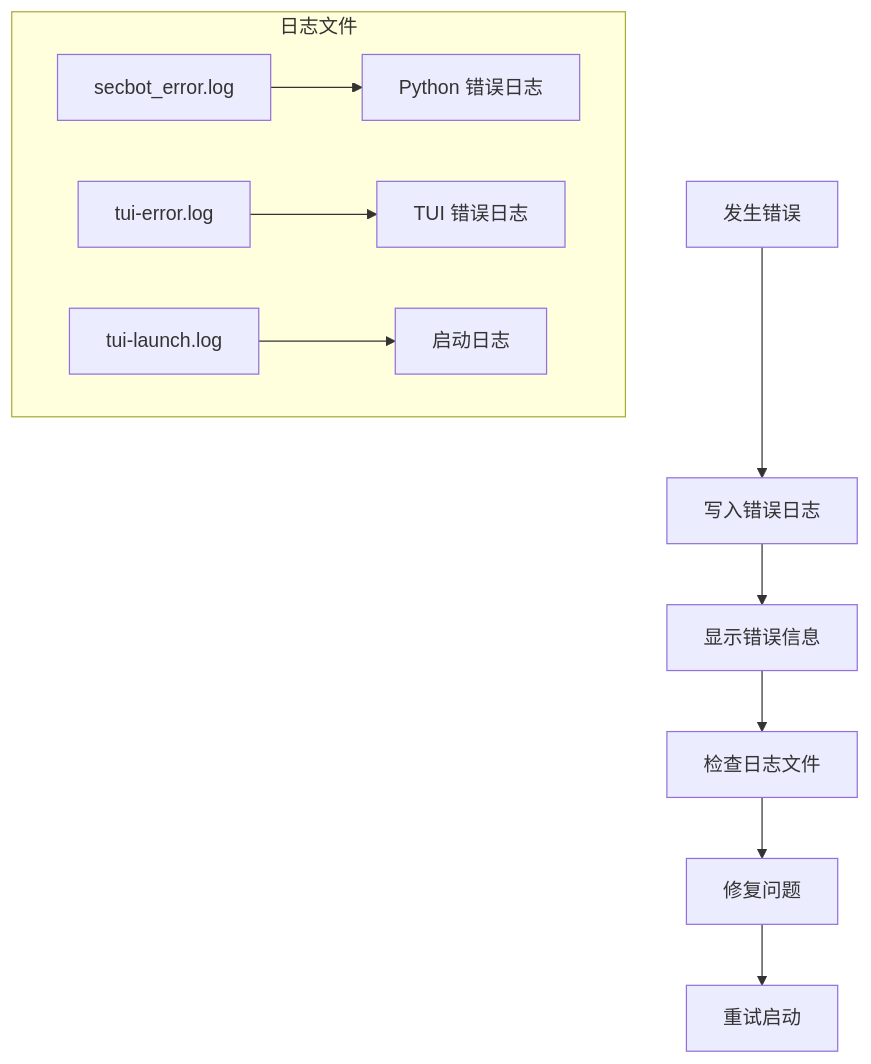
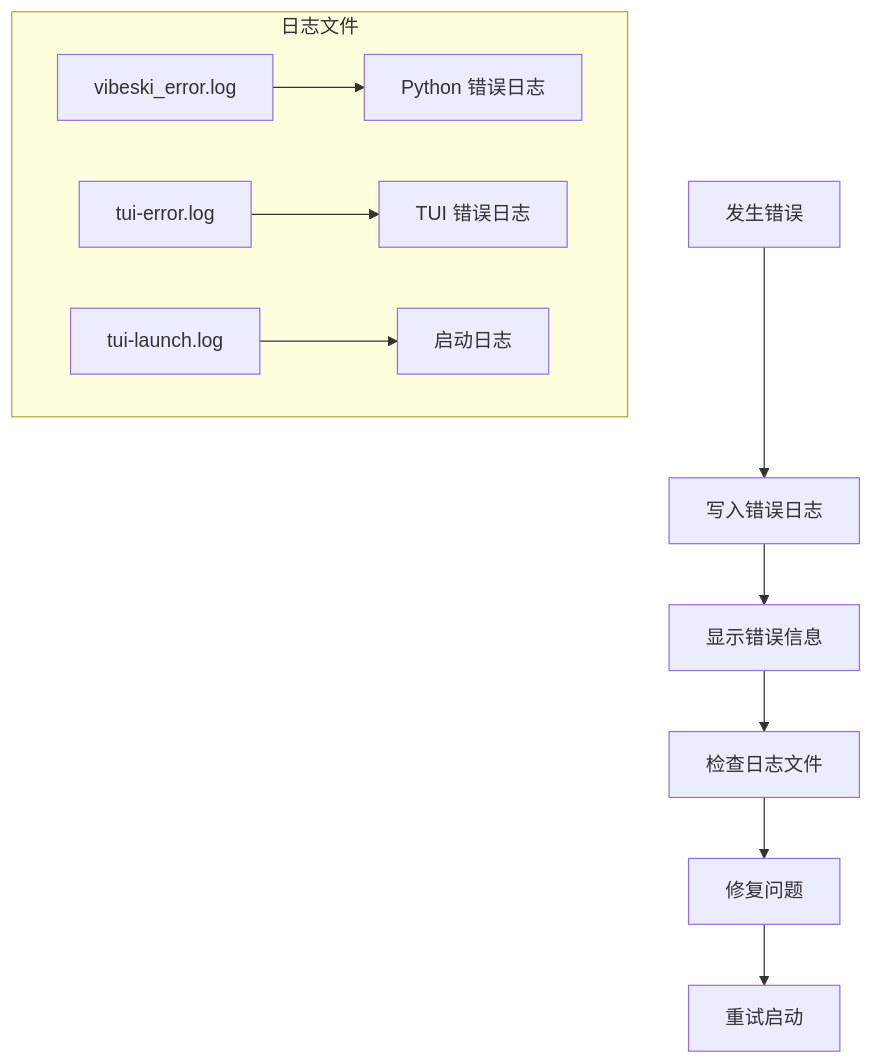
One commit to crabin/VIBESKI changed the eighth of 8 diagrams in .qoder/repowiki/zh/content/Cli System.md. Above: the diagram before and after it, drawn with Mermaid. The commit also changed other lines of this file and 170 other files, not shown here.

Commit message:
chore: rename all secbot/hackbot identifiers to vibeski

````diff
--- a/.qoder/repowiki/zh/content/Cli System.md
+++ b/.qoder/repowiki/zh/content/Cli System.md
@@ -441,13 +441,13 @@
 ```mermaid
 flowchart TD
 Error[发生错误] --> LogError[写入错误日志]
 LogError --> ShowError[显示错误信息]
 ShowError --> CheckLog[检查日志文件]
 CheckLog --> FixIssue[修复问题]
 FixIssue --> Retry[重试启动]
 subgraph "日志文件"
-A[secbot_error.log] --> B[Python 错误日志]
+A[vibeski_error.log] --> B[Python 错误日志]
 C[tui-error.log] --> D[TUI 错误日志]
 E[tui-launch.log] --> F[启动日志]
 end
 ```
````
